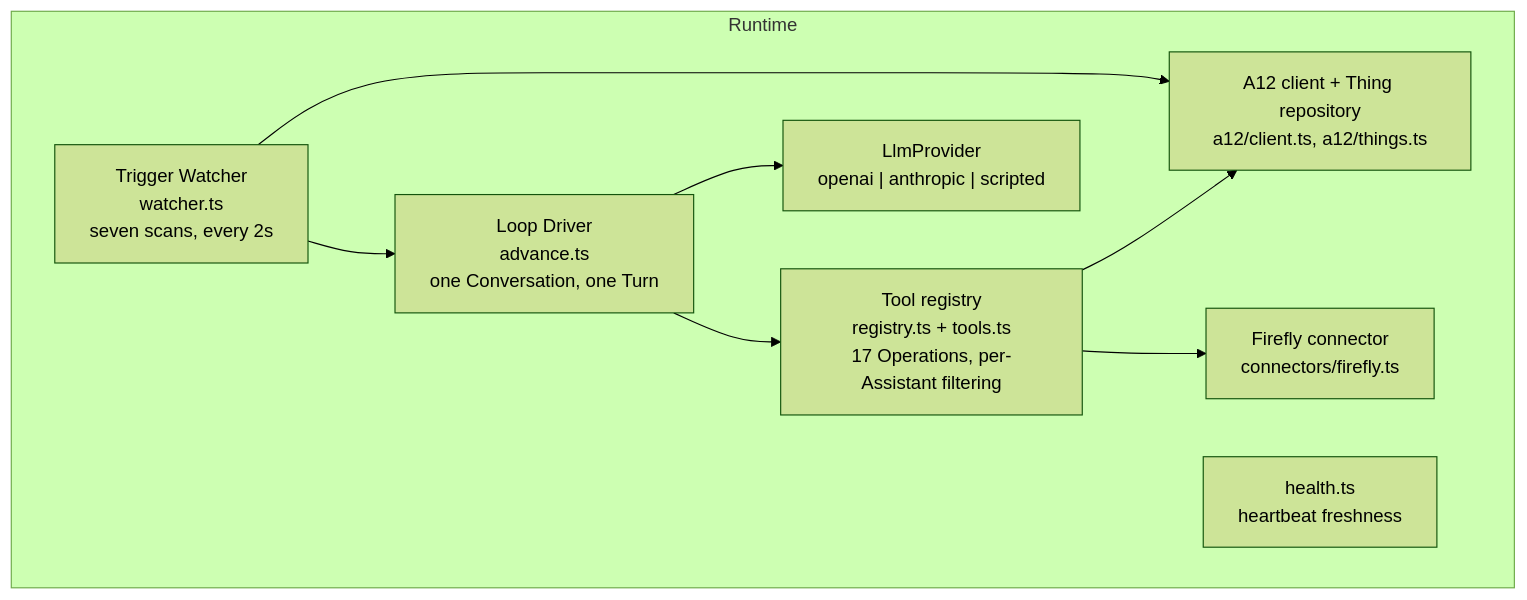
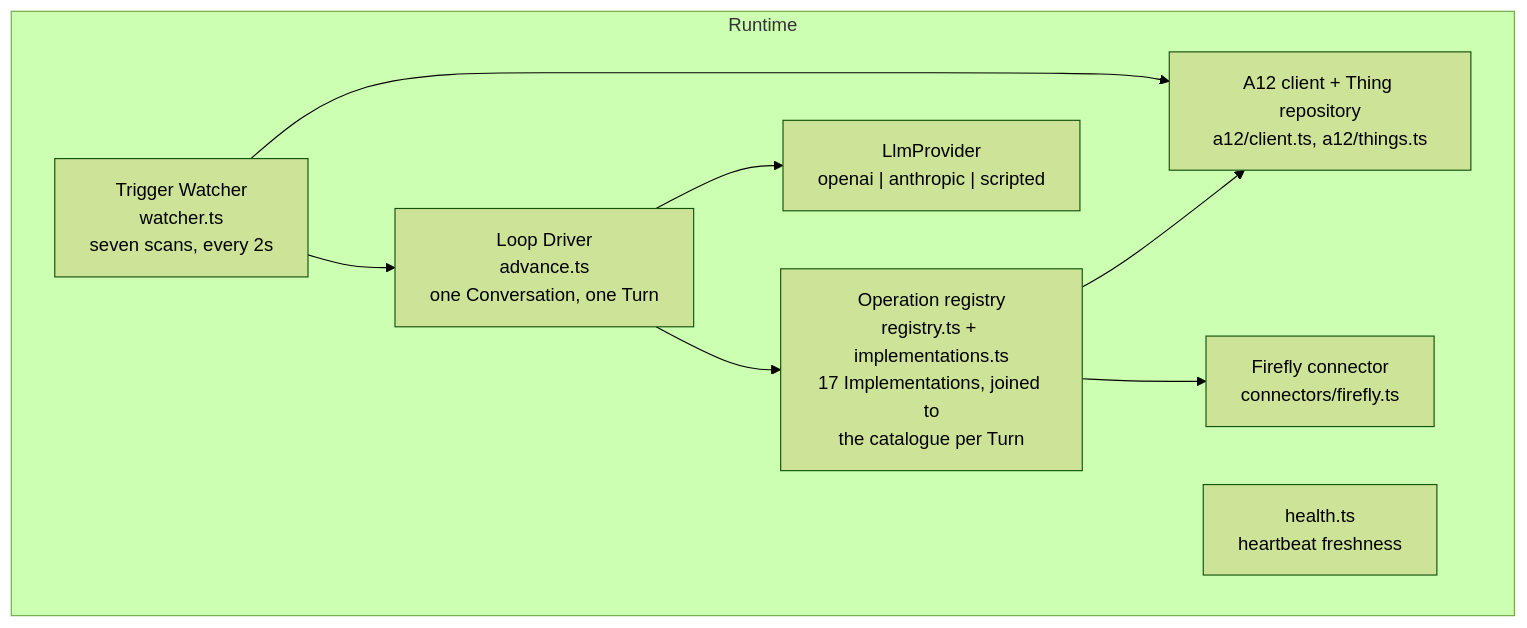
Before and after one commit to tillg/assistants: the second of 3 diagrams in specs/system/architecture.md, drawn with Mermaid (forest theme). The commit also changed other lines of this file and 15 other files, not shown here.

First line of the commit message:
feat(operations): a Turn loads the catalogue, and bootstrap seeds it

````diff
--- a/specs/system/architecture.md
+++ b/specs/system/architecture.md
@@ -199,18 +199,18 @@
 ```mermaid
 flowchart TB
     subgraph RT["Runtime"]
         W["Trigger Watcher<br/>watcher.ts<br/>seven scans, every 2s"]
         L["Loop Driver<br/>advance.ts<br/>one Conversation, one Turn"]
-        TR["Tool registry<br/>registry.ts + tools.ts<br/>17 Operations, per-Assistant filtering"]
+        TR["Operation registry<br/>registry.ts + implementations.ts<br/>17 Implementations, joined to<br/>the catalogue per Turn"]
         C["A12 client + Thing repository<br/>a12/client.ts, a12/things.ts"]
         P["LlmProvider<br/>openai | anthropic | scripted"]
         FFC["Firefly connector<br/>connectors/firefly.ts"]
         H["health.ts<br/>heartbeat freshness"]
     end
     W --> L
     L --> TR
     L --> P
     TR --> C
     TR --> FFC
     W --> C
 ```
````
